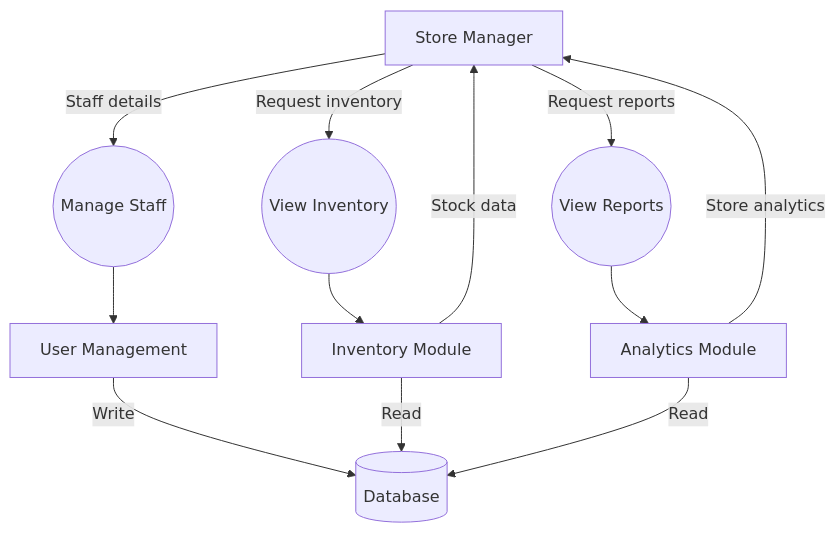
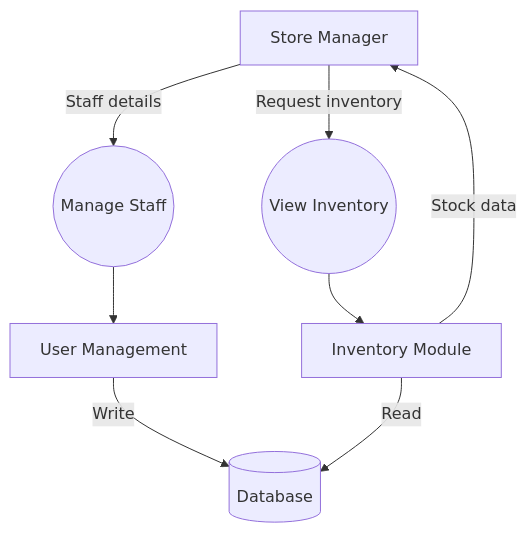
One commit to rohitagarwal-gkmit/retailpulse-docs changed the second of 5 diagrams in docs/technical/data_flow.md. Above: the diagram before and after it, drawn with Mermaid. The commit also changed other lines of this file and 6 other files, not shown here.

````diff
--- a/docs/technical/data_flow.md
+++ b/docs/technical/data_flow.md
@@ -37,16 +31,11 @@
 ```mermaid
 flowchart TD
     Manager[Store Manager] -->|Staff details| P1((Manage Staff))
     P1 --> Mgmt[User Management]
     Mgmt -->|Write| DB[(Database)]
     
     Manager -->|Request inventory| P2((View Inventory))
     P2 --> Inv[Inventory Module]
     Inv -->|Read| DB
     Inv -->|Stock data| Manager
-    
-    Manager -->|Request reports| P3((View Reports))
-    P3 --> Anal[Analytics Module]
-    Anal -->|Read| DB
-    Anal -->|Store analytics| Manager
 ```
````
